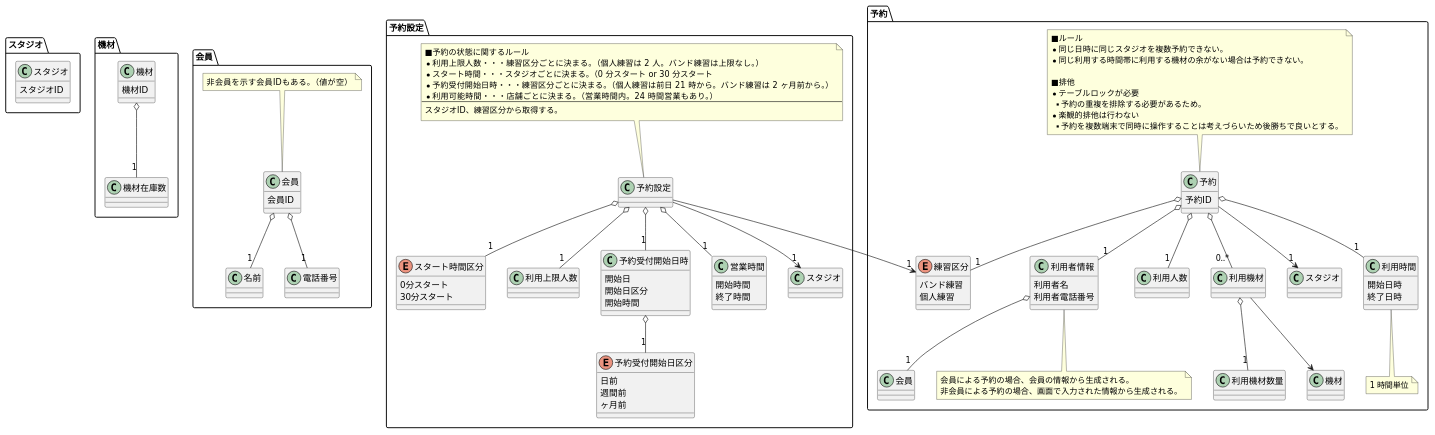
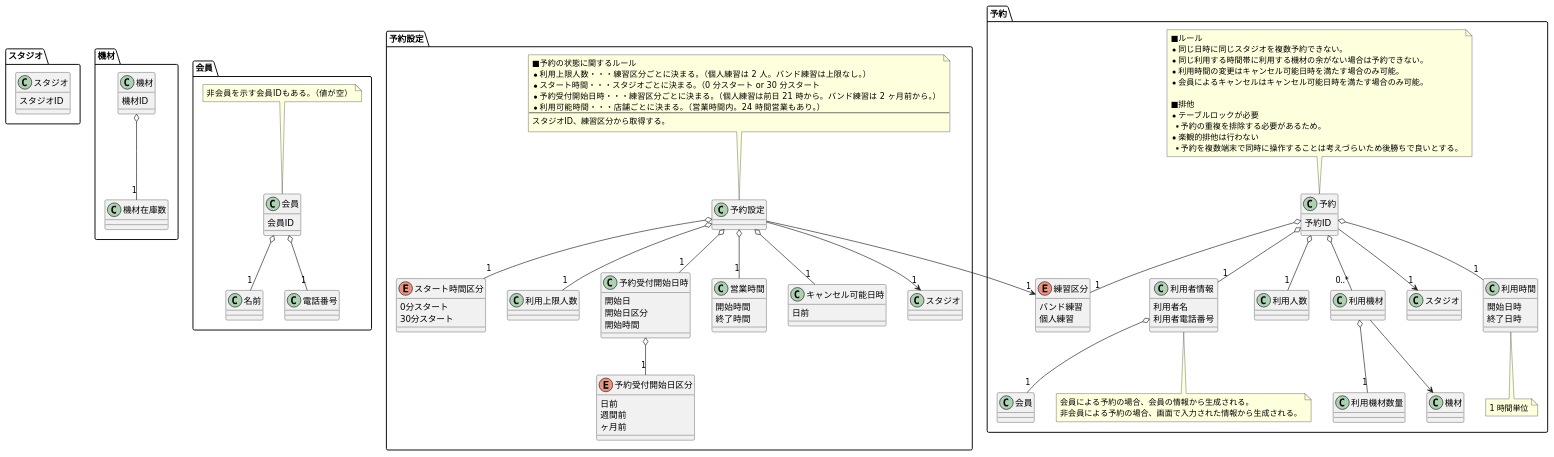
Before and after one commit to TakashiOnawa/ddd-practice-studio-reservation: the diagram in modeling/07_DomainModel_予約.pu, drawn with PlantUML. The commit also changed 4 other files, not shown here.

```diff
--- a/modeling/07_DomainModel_予約.pu
+++ b/modeling/07_DomainModel_予約.pu
@@ -1,137 +1,144 @@
 @startuml DomainModel
 
 package スタジオ {
     class スタジオ {
         スタジオID
     }
 }
 
 package 機材 {
     class 機材 {
         機材ID
     }
 
     class 機材在庫数
 
     機材 o-- "1" 機材在庫数
 }
 
 package 会員 {
     class 会員 {
         会員ID
     }
 
     class 名前
     class 電話番号
 
     会員 o-- "1" 名前
     会員 o-- "1" 電話番号
 
     note top of 会員
     非会員を示す会員IDもある。（値が空）
     end note
 }
 
 package 予約 {
     class 予約 {
         予約ID
     }
 
     class 利用時間 {
         開始日時
         終了日時
     }
 
     class 利用者情報 {
         利用者名
         利用者電話番号
     }
     利用者情報 o-- "1" 会員
 
     note bottom of 利用者情報
     会員による予約の場合、会員の情報から生成される。
     非会員による予約の場合、画面で入力された情報から生成される。
     end note
 
     note bottom of 利用時間
     1 時間単位
     end note
 
     class 利用人数
 
     enum 練習区分 {
         バンド練習
         個人練習
     }
 
     class 利用機材
     class 利用機材数量
     利用機材 --> 機材
     利用機材 o-- "1" 利用機材数量
 
     予約 --> "1" スタジオ
     予約 o-- "1" 利用時間
     予約 o-- "1" 利用者情報
     予約 o-- "1" 利用人数
     予約 o-- "1" 練習区分
     予約 o-- "0..*" 利用機材
 
     note top of 予約
     ■ルール
     * 同じ日時に同じスタジオを複数予約できない。
     * 同じ利用する時間帯に利用する機材の余がない場合は予約できない。
+    * 利用時間の変更はキャンセル可能日時を満たす場合のみ可能。
+    * 会員によるキャンセルはキャンセル可能日時を満たす場合のみ可能。
 
     ■排他
     * テーブルロックが必要
     ** 予約の重複を排除する必要があるため。
     * 楽観的排他は行わない
     ** 予約を複数端末で同時に操作することは考えづらいため後勝ちで良いとする。
     end note
 }
 
 package 予約設定 {
     class 予約設定
 
     enum スタート時間区分 {
         0分スタート
         30分スタート
     }
 
     class 利用上限人数
 
     class 予約受付開始日時 {
         開始日
         開始日区分
         開始時間
     }
     enum 予約受付開始日区分 {
         日前
         週間前
         ヶ月前
     }
     予約受付開始日時 o-- "1" 予約受付開始日区分
 
     class 営業時間 {
         開始時間
         終了時間
     }
 
+     class キャンセル可能日時 {
+         日前
+     }
+
     予約設定 --> "1" スタジオ
     予約設定 --> "1" 練習区分
     予約設定 o-- "1" スタート時間区分
     予約設定 o-- "1" 利用上限人数
     予約設定 o-- "1" 予約受付開始日時
     予約設定 o-- "1" 営業時間
+    予約設定 o-- "1" キャンセル可能日時
 
     note top of 予約設定
     ■予約の状態に関するルール
     * 利用上限人数・・・練習区分ごとに決まる。（個人練習は 2 人。バンド練習は上限なし。）
     * スタート時間・・・スタジオごとに決まる。（0 分スタート or 30 分スタート
     * 予約受付開始日時・・・練習区分ごとに決まる。（個人練習は前日 21 時から。バンド練習は 2 ヶ月前から。）
     * 利用可能時間・・・店舗ごとに決まる。（営業時間内。24 時間営業もあり。）
     ---
     スタジオID、練習区分から取得する。
     end note
 }
 
 @enduml
```
